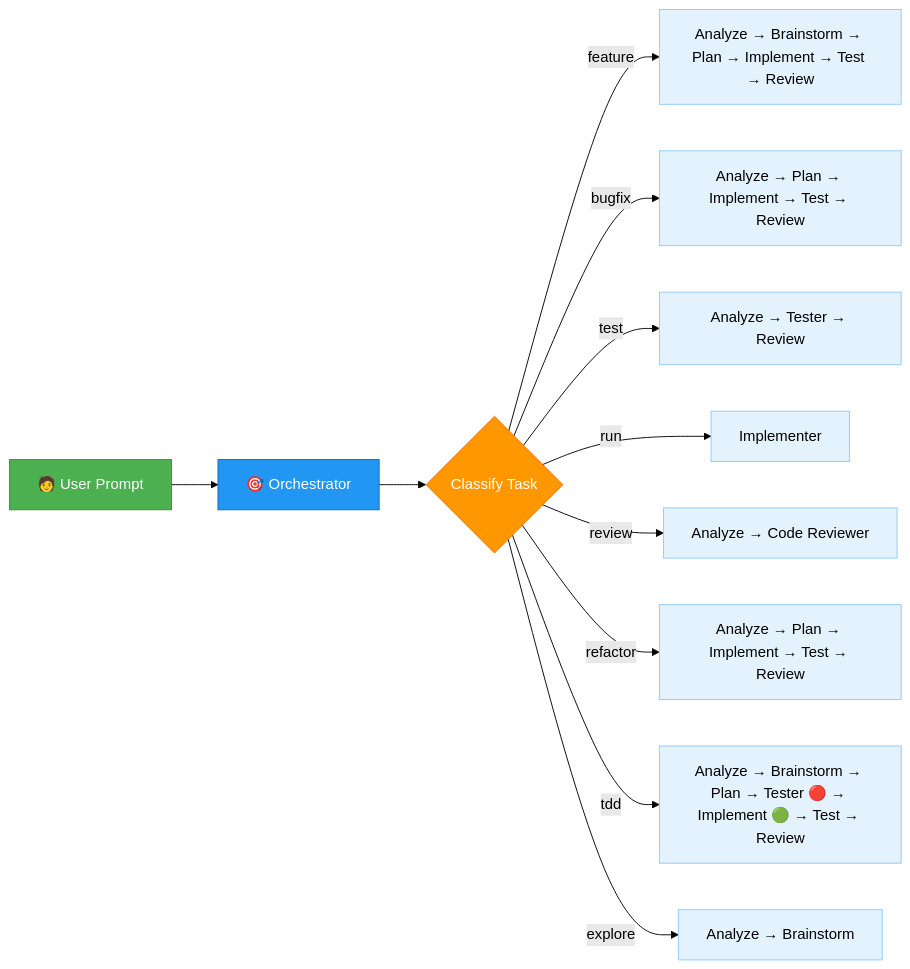
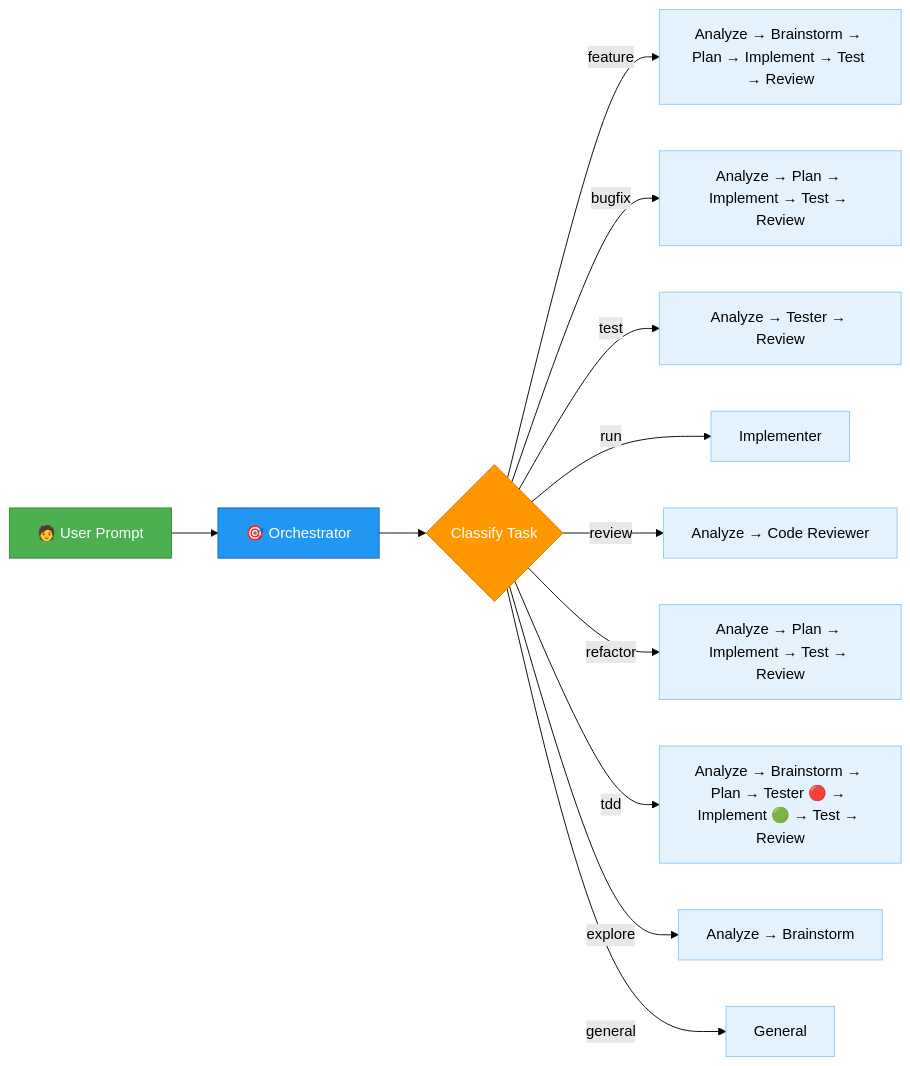
Before and after one commit to pft-IvanLim/copilot-agent: the first of 2 diagrams in README.md, drawn with Mermaid (forest theme). The commit also changed other lines of this file and 2 other files, not shown here.

````diff
--- a/README.md
+++ b/README.md
@@ -49,26 +49,28 @@
 ```mermaid
 flowchart LR
     A["🧑 User Prompt"] --> B["🎯 Orchestrator"]
     B --> C{"Classify Task"}
 
     C -- "feature" --> F1["Analyze → Brainstorm → Plan → Implement → Test → Review"]
     C -- "bugfix" --> F2["Analyze → Plan → Implement → Test → Review"]
     C -- "test" --> F3["Analyze → Tester → Review"]
     C -- "run" --> F4["Implementer"]
     C -- "review" --> F5["Analyze → Code Reviewer"]
     C -- "refactor" --> F6["Analyze → Plan → Implement → Test → Review"]
     C -- "tdd" --> F7["Analyze → Brainstorm → Plan → Tester 🔴 → Implement 🟢 → Test → Review"]
     C -- "explore" --> F8["Analyze → Brainstorm"]
+    C -- "general" --> F9["General"]
 
     style A fill:#4CAF50,stroke:#388E3C,color:#fff
     style B fill:#2196F3,stroke:#1565C0,color:#fff
     style C fill:#FF9800,stroke:#EF6C00,color:#fff
     style F1 fill:#E3F2FD,stroke:#90CAF9
     style F2 fill:#E3F2FD,stroke:#90CAF9
     style F3 fill:#E3F2FD,stroke:#90CAF9
     style F4 fill:#E3F2FD,stroke:#90CAF9
     style F5 fill:#E3F2FD,stroke:#90CAF9
     style F6 fill:#E3F2FD,stroke:#90CAF9
     style F7 fill:#E3F2FD,stroke:#90CAF9
     style F8 fill:#E3F2FD,stroke:#90CAF9
+    style F9 fill:#E3F2FD,stroke:#90CAF9
 ```
````
